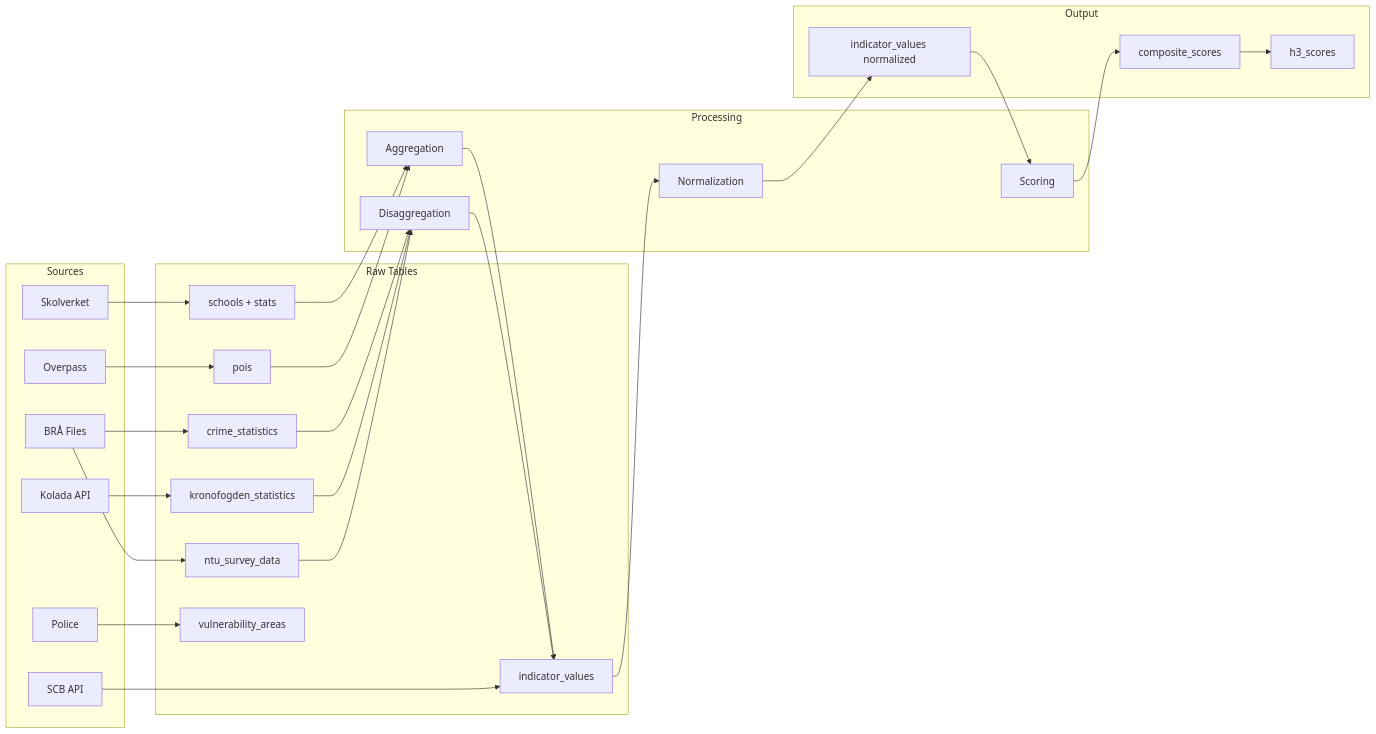
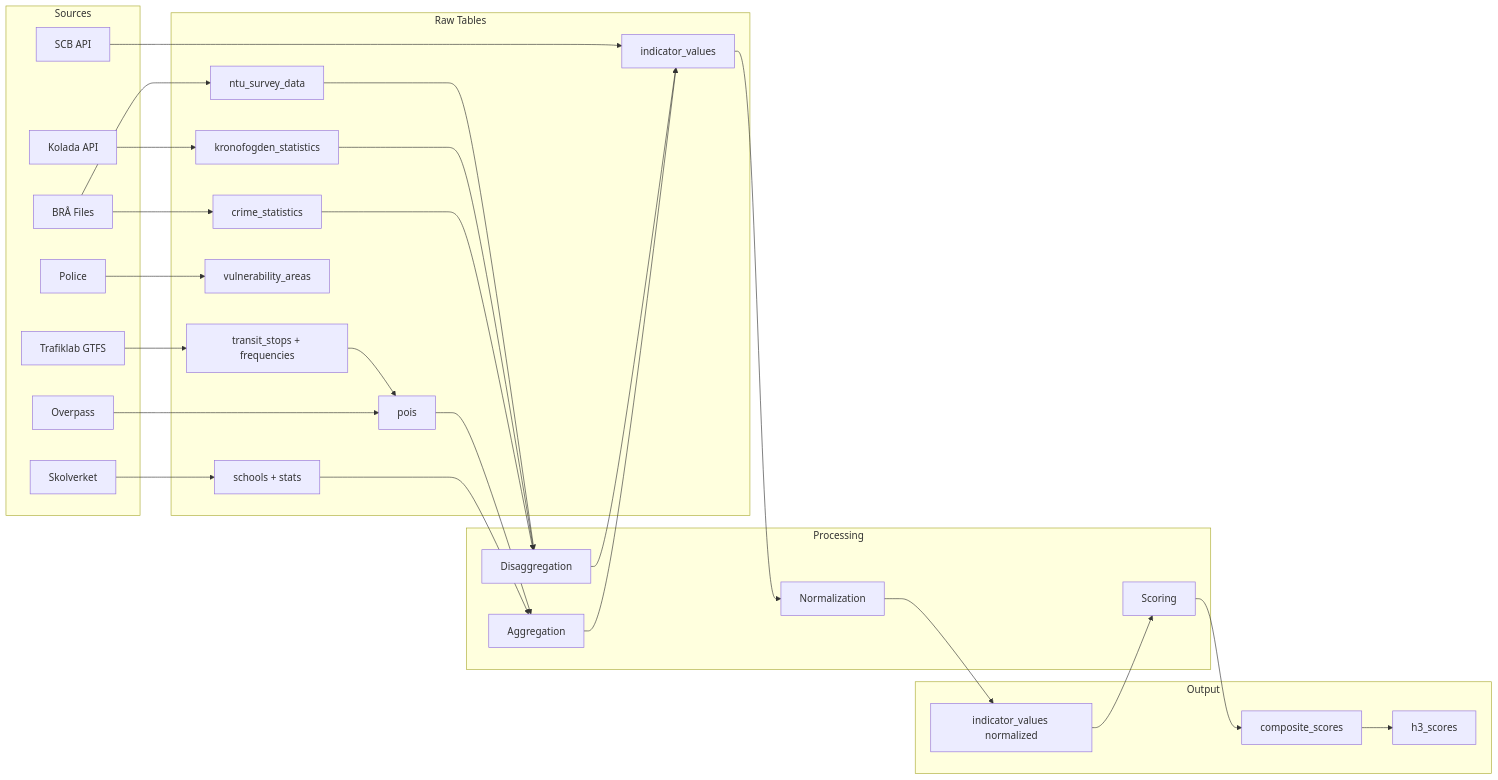
The second of 2 diagrams in docs/data-pipeline/index.md (oxorp/lugn-och-ro), drawn with Mermaid before and after one commit. The commit also changed other lines of this file and 11 other files, not shown here.

First line of the commit message:
docs: update for penalty system, historical data, GTFS transit, trend UI

````diff
--- a/docs/data-pipeline/index.md
+++ b/docs/data-pipeline/index.md
@@ -95,56 +108,60 @@
 ```mermaid
 graph LR
     subgraph "Sources"
         SCB[SCB API]
         SKV[Skolverket]
         BRA[BRÅ Files]
         KOL[Kolada API]
         OSM[Overpass]
         POL[Police]
+        GTFS[Trafiklab GTFS]
     end
 
     subgraph "Raw Tables"
         IV1[indicator_values]
         SCH[schools + stats]
         CS1[crime_statistics]
         NTU[ntu_survey_data]
         KS[kronofogden_statistics]
         POI[pois]
         VA[vulnerability_areas]
+        TS[transit_stops + frequencies]
     end
 
     subgraph "Processing"
         AGG[Aggregation]
         DIS[Disaggregation]
         NORM[Normalization]
         SCORE[Scoring]
     end
 
     subgraph "Output"
         IV2[indicator_values normalized]
         COMP[composite_scores]
         H3[h3_scores]
     end
 
     SCB --> IV1
     SKV --> SCH
     BRA --> CS1
     BRA --> NTU
     KOL --> KS
     OSM --> POI
+    GTFS --> TS
+    TS --> POI
     POL --> VA
 
     SCH --> AGG
     POI --> AGG
     CS1 --> DIS
     KS --> DIS
     NTU --> DIS
     AGG --> IV1
     DIS --> IV1
 
     IV1 --> NORM
     NORM --> IV2
     IV2 --> SCORE
     SCORE --> COMP
     COMP --> H3
 ```
````
